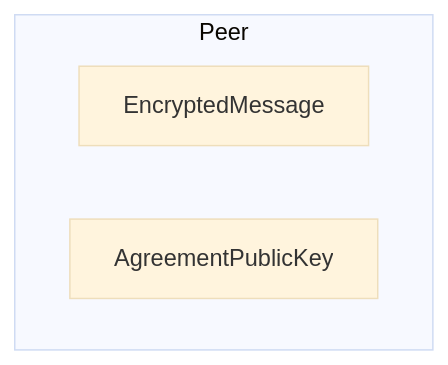
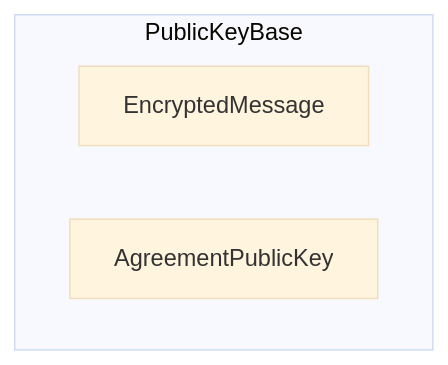
The fourth of 11 diagrams in Docs/Secure Components/3-DEFINITIONS.md (BlockchainCommons/BCSwiftFoundation), drawn with Mermaid (base theme) before and after one commit. The commit also changed other lines of this file and 31 other files, not shown here.

````diff
--- a/Docs/Secure Components/3-DEFINITIONS.md
+++ b/Docs/Secure Components/3-DEFINITIONS.md
@@ -207,7 +207,7 @@
 ```mermaid
 graph TB
-    subgraph Peer
+    subgraph PublicKeyBase
         EncryptedMessage
         AgreementPublicKey
     end
 ```
````
